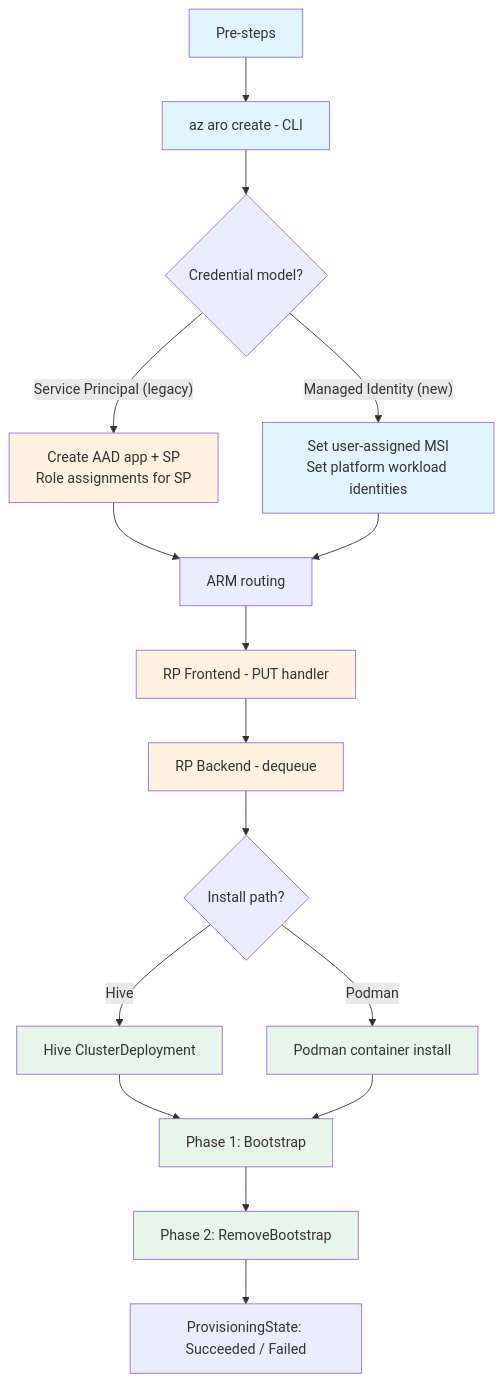
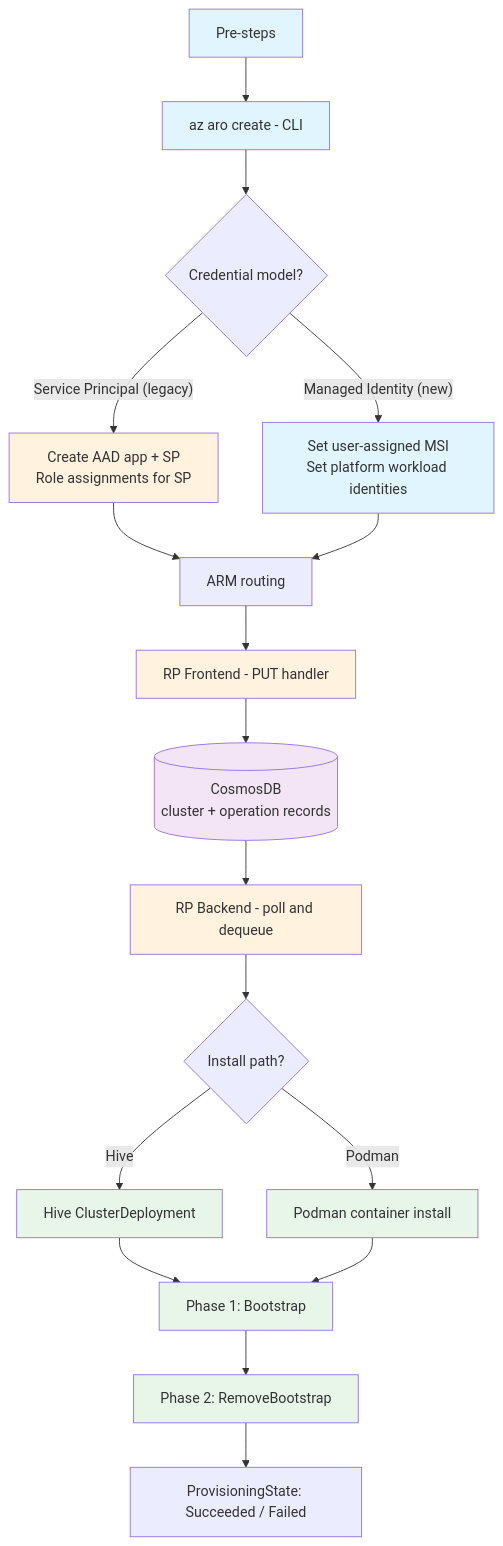
One commit to Azure/ARO-RP changed the first of 9 diagrams in docs/cluster-creation.md. Above: the diagram before and after it, drawn with Mermaid. The commit also changed other lines of this file and 2 other files, not shown here.

Commit message:
docs: update cluster creation diagrams

````diff
--- a/docs/cluster-creation.md
+++ b/docs/cluster-creation.md
@@ -7,29 +7,31 @@
 ```mermaid
 flowchart TD
     A[Pre-steps] --> B[az aro create - CLI]
     B --> CRED{Credential model?}
     CRED -->|"Service Principal (legacy)"| SP["Create AAD app + SP<br/>Role assignments for SP"]
     CRED -->|"Managed Identity (new)"| MSI["Set user-assigned MSI<br/>Set platform workload identities"]
     SP --> C[ARM routing]
     MSI --> C
     C --> D[RP Frontend - PUT handler]
-    D --> E[RP Backend - dequeue]
+    D --> DB[(CosmosDB<br/>cluster + operation records)]
+    DB --> E[RP Backend - poll and dequeue]
     E --> INSTALL{Install path?}
     INSTALL -->|Hive| HIVE[Hive ClusterDeployment]
     INSTALL -->|Podman| PODMAN[Podman container install]
     HIVE --> F[Phase 1: Bootstrap]
     PODMAN --> F
     F --> G[Phase 2: RemoveBootstrap]
     G --> H[ProvisioningState: Succeeded / Failed]
 
     style A fill:#e1f5fe
     style B fill:#e1f5fe
     style SP fill:#fff3e0
     style MSI fill:#e1f5fe
     style D fill:#fff3e0
+    style DB fill:#f3e5f5
     style E fill:#fff3e0
     style HIVE fill:#e8f5e9
     style PODMAN fill:#e8f5e9
     style F fill:#e8f5e9
     style G fill:#e8f5e9
 ```
````
